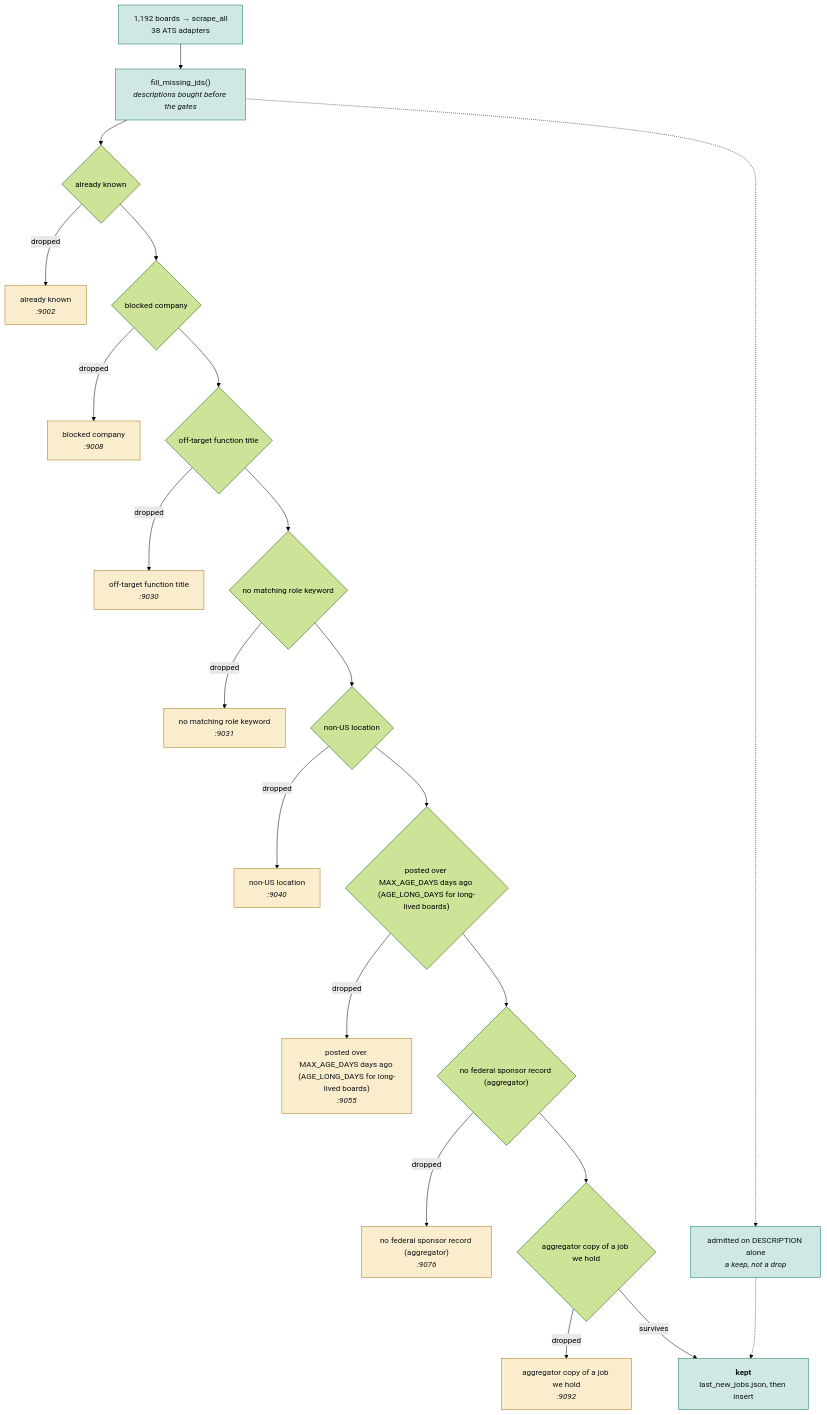
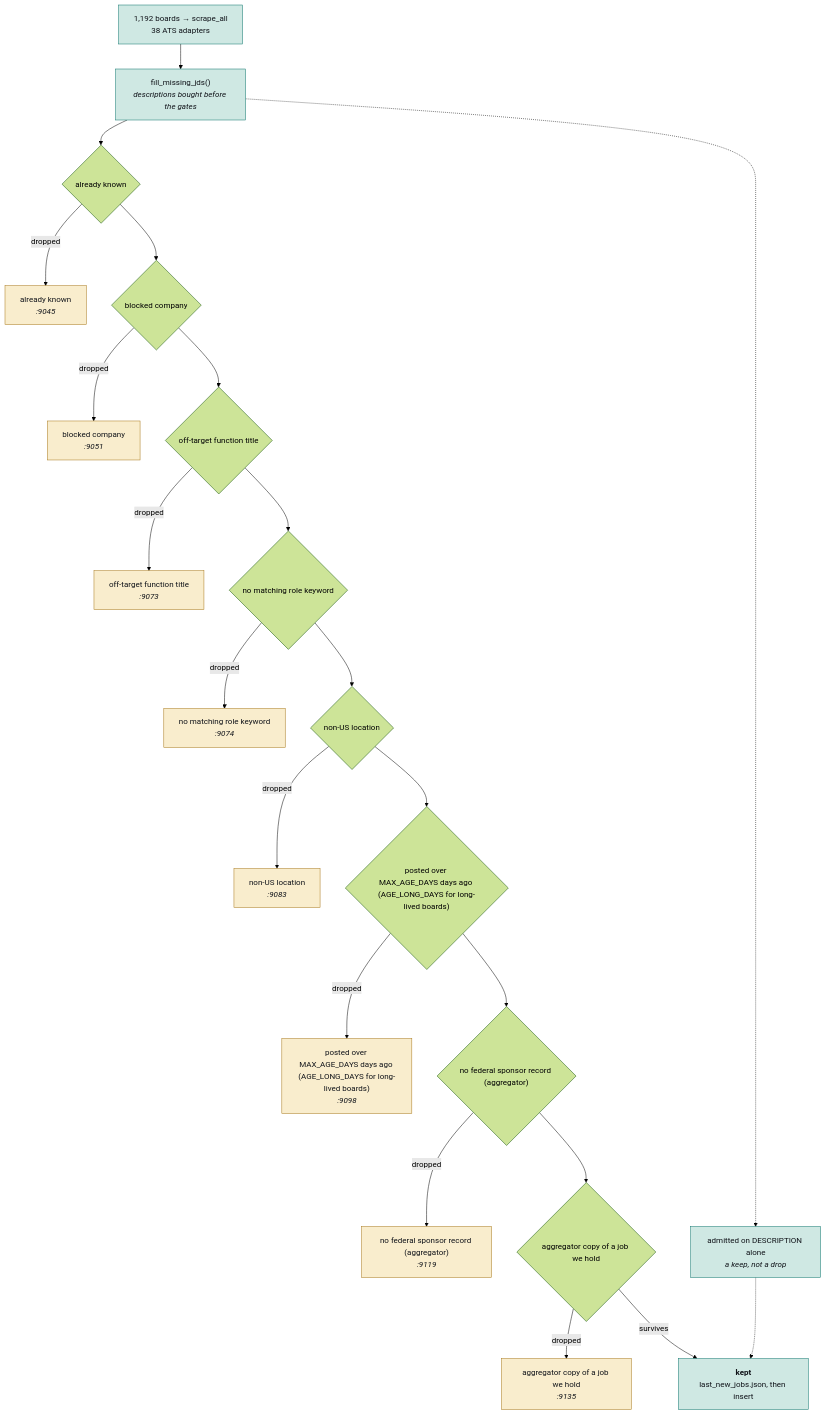
The second of 4 diagrams in JobMatch Scraper/docs/ARCHITECTURE.md (hadakunal909-debug/job-search-tool), drawn with Mermaid (forest theme) before and after one commit. The commit also changed other lines of this file and 9 other files, not shown here.

````diff
--- a/JobMatch Scraper/docs/ARCHITECTURE.md
+++ b/JobMatch Scraper/docs/ARCHITECTURE.md
@@ -106,54 +106,54 @@
 ```mermaid
 flowchart TB
   SRC["1,192 boards → scrape_all<br/>38 ATS adapters"]
   JD["fill_missing_jds()<br/><i>descriptions bought before the gates</i>"]
   SRC --> JD
   G0{"already known"}
-  D0["already known<br/><i>:9002</i>"]
+  D0["already known<br/><i>:9045</i>"]
   JD --> G0
   G0 -->|dropped| D0
   class D0 trap
   G1{"blocked company"}
-  D1["blocked company<br/><i>:9008</i>"]
+  D1["blocked company<br/><i>:9051</i>"]
   G0 --> G1
   G1 -->|dropped| D1
   class D1 trap
   G2{"off-target function title"}
-  D2["off-target function title<br/><i>:9030</i>"]
+  D2["off-target function title<br/><i>:9073</i>"]
   G1 --> G2
   G2 -->|dropped| D2
   class D2 trap
   G3{"no matching role keyword"}
-  D3["no matching role keyword<br/><i>:9031</i>"]
+  D3["no matching role keyword<br/><i>:9074</i>"]
   G2 --> G3
   G3 -->|dropped| D3
   class D3 trap
   G4{"non-US location"}
-  D4["non-US location<br/><i>:9040</i>"]
+  D4["non-US location<br/><i>:9083</i>"]
   G3 --> G4
   G4 -->|dropped| D4
   class D4 trap
   G5{"posted over MAX_AGE_DAYS days ago (AGE_LONG_DAYS for long-lived boards)"}
-  D5["posted over MAX_AGE_DAYS days ago (AGE_LONG_DAYS for long-lived boards)<br/><i>:9055</i>"]
+  D5["posted over MAX_AGE_DAYS days ago (AGE_LONG_DAYS for long-lived boards)<br/><i>:9098</i>"]
   G4 --> G5
   G5 -->|dropped| D5
   class D5 trap
   G6{"no federal sponsor record (aggregator)"}
-  D6["no federal sponsor record (aggregator)<br/><i>:9076</i>"]
+  D6["no federal sponsor record (aggregator)<br/><i>:9119</i>"]
   G5 --> G6
   G6 -->|dropped| D6
   class D6 trap
   G7{"aggregator copy of a job we hold"}
-  D7["aggregator copy of a job we hold<br/><i>:9092</i>"]
+  D7["aggregator copy of a job we hold<br/><i>:9135</i>"]
   G6 --> G7
   G7 -->|dropped| D7
   class D7 trap
   KEEP["<b>kept</b><br/>last_new_jobs.json, then insert"]
   G7 -->|survives| KEEP
   RESCUE["admitted on DESCRIPTION alone<br/><i>a keep, not a drop</i>"]
   JD -.-> RESCUE
   RESCUE -.-> KEEP
   classDef trap fill:#f9edcd,stroke:#a8781a,color:#101319
   classDef sched fill:#cfe8e3,stroke:#0f766e,color:#101319
   class SRC,JD,KEEP,RESCUE sched
 ```
````
